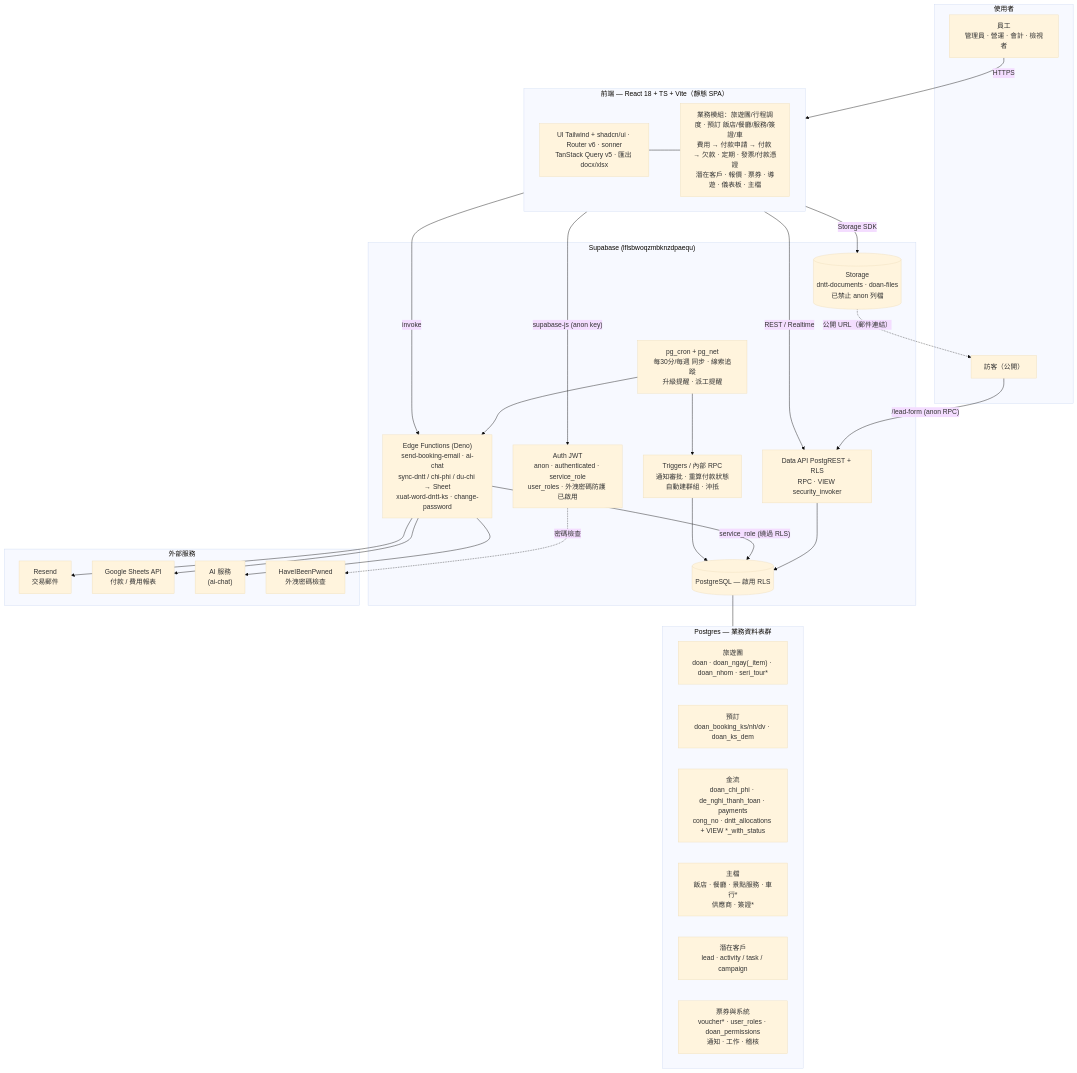
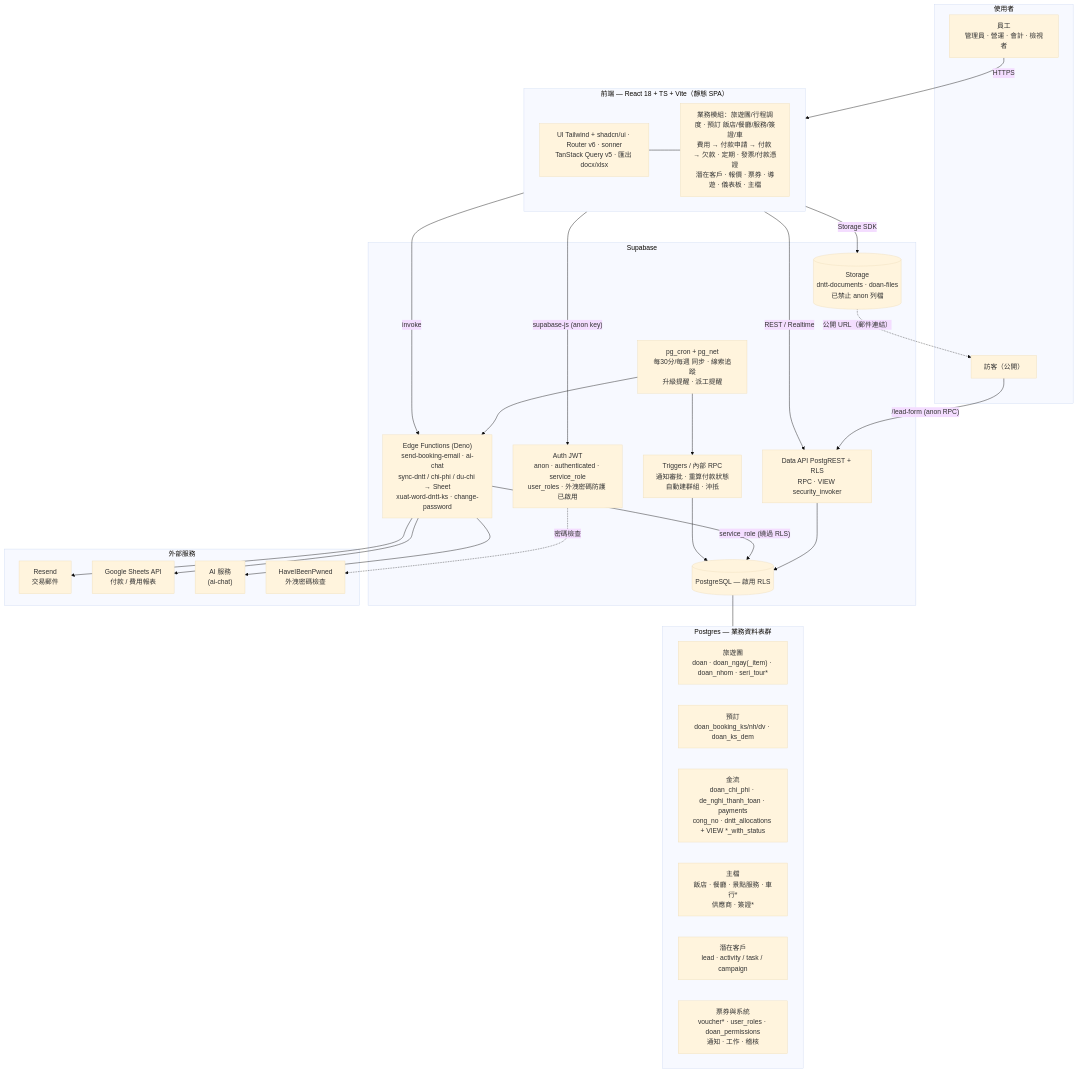
The first of 3 diagrams in ARCHITECTURE.zh-TW.md (S8travel/clean-code-hub), drawn with Mermaid (base theme) before and after one commit.

Commit message:
docs(architecture): gọn nhãn ô Supabase trong sơ đồ zh-TW (bỏ project id)

````diff
--- a/ARCHITECTURE.zh-TW.md
+++ b/ARCHITECTURE.zh-TW.md
@@ -22,59 +22,59 @@
 ```mermaid
 flowchart TB
   subgraph USERS["使用者"]
     staff["員工<br/>管理員 · 營運 · 會計 · 檢視者"]
     guest["訪客（公開）"]
   end
 
   subgraph FE["前端 — React 18 + TS + Vite（靜態 SPA）"]
     feUI["UI Tailwind + shadcn/ui · Router v6 · sonner<br/>TanStack Query v5 · 匯出 docx/xlsx"]
     feMod["業務模組：旅遊團/行程調度 · 預訂 飯店/餐廳/服務/簽證/車<br/>費用 → 付款申請 → 付款 → 欠款 · 定期 · 發票/付款憑證<br/>潛在客戶 · 報價 · 票券 · 導遊 · 儀表板 · 主檔"]
     feUI --- feMod
   end
 
-  subgraph SB["Supabase (lflsbwoqzmbknzdpaequ)"]
+  subgraph SB["Supabase"]
     auth["Auth JWT<br/>anon · authenticated · service_role<br/>user_roles · 外洩密碼防護 已啟用"]
     api["Data API PostgREST + RLS<br/>RPC · VIEW security_invoker"]
     edge["Edge Functions (Deno)<br/>send-booking-email · ai-chat<br/>sync-dntt / chi-phi / du-chi → Sheet<br/>xuat-word-dntt-ks · change-password"]
     db[("PostgreSQL — 啟用 RLS")]
     storage[("Storage<br/>dntt-documents · doan-files<br/>已禁止 anon 列檔")]
     cron["pg_cron + pg_net<br/>每30分/每週 同步 · 線索追蹤<br/>升級提醒 · 派工提醒"]
     trig["Triggers / 內部 RPC<br/>通知審批 · 重算付款狀態<br/>自動建群組 · 沖抵"]
   end
 
   subgraph DBD["Postgres — 業務資料表群"]
     d1["旅遊團<br/>doan · doan_ngay(_item) · doan_nhom · seri_tour*"]
     d2["預訂<br/>doan_booking_ks/nh/dv · doan_ks_dem"]
     d3["金流<br/>doan_chi_phi · de_nghi_thanh_toan · payments<br/>cong_no · dntt_allocations + VIEW *_with_status"]
     d4["主檔<br/>飯店 · 餐廳 · 景點服務 · 車行*<br/>供應商 · 簽證*"]
     d5["潛在客戶<br/>lead · activity / task / campaign"]
     d6["票券與系統<br/>voucher* · user_roles · doan_permissions<br/>通知 · 工作 · 稽核"]
   end
 
   subgraph EXT["外部服務"]
     resend["Resend<br/>交易郵件"]
     sheets["Google Sheets API<br/>付款 / 費用報表"]
     ai["AI 服務<br/>(ai-chat)"]
     hibp["HaveIBeenPwned<br/>外洩密碼檢查"]
   end
 
   staff -->|HTTPS| FE
   FE -->|"supabase-js (anon key)"| auth
   FE -->|REST / Realtime| api
   FE -->|Storage SDK| storage
   FE -->|invoke| edge
   guest -->|"/lead-form (anon RPC)"| api
   storage -. "公開 URL（郵件連結）" .-> guest
 
   api --> db
   db --- DBD
   edge -->|"service_role (繞過 RLS)"| db
   cron --> edge
   cron --> trig
   trig --> db
 
   edge --> resend
   edge --> sheets
   edge --> ai
   auth -. "密碼檢查" .-> hibp
 ```
````
